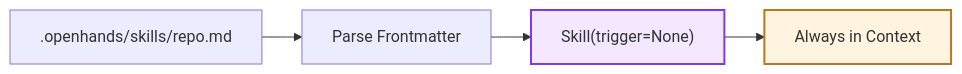
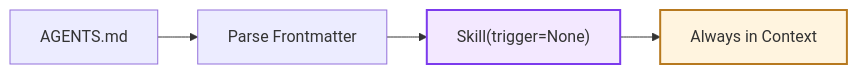
Before and after one commit to OpenHands/docs: the second of 7 diagrams in sdk/arch/skill.mdx, drawn with Mermaid. The commit also changed other lines of this file and 6 other files, not shown here.

First line of the commit message:
Prefer AGENTS.md over repo.md for permanent context skills (#247)

````diff
--- a/sdk/arch/skill.mdx
+++ b/sdk/arch/skill.mdx
@@ -87,15 +89,15 @@
 ```mermaid
 %%{init: {"theme": "default", "flowchart": {"nodeSpacing": 30, "rankSpacing": 40}} }%%
 flowchart LR
-    File[".openhands/skills/repo.md"]
+    File["AGENTS.md"]
     Parse["Parse Frontmatter"]
     Skill["Skill(trigger=None)"]
     Context["Always in Context"]
     
     File --> Parse
     Parse --> Skill
     Skill --> Context
     
     style Skill fill:#f3e8ff,stroke:#7c3aed,stroke-width:2px
     style Context fill:#fff4df,stroke:#b7791f,stroke-width:2px
 ```
````
